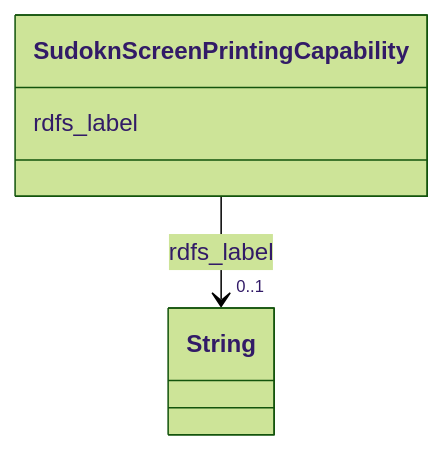
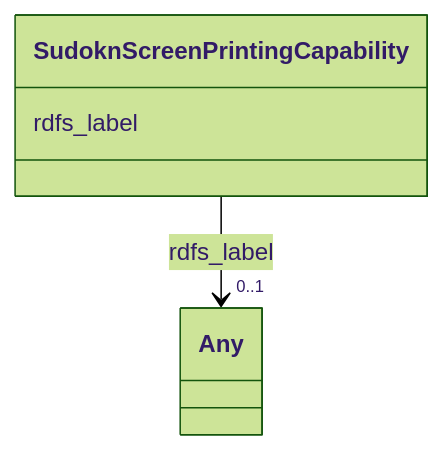
One commit to frink-okn/graph-descriptions changed the diagram in sudokn-kg/classes/SudoknScreenPrintingCapability.md. Above: the diagram before and after it, drawn with Mermaid (forest theme). The commit also changed other lines of this file and 903 other files, not shown here.

````diff
--- a/sudokn-kg/classes/SudoknScreenPrintingCapability.md
+++ b/sudokn-kg/classes/SudoknScreenPrintingCapability.md
@@ -23,15 +18,15 @@
 ```mermaid
  classDiagram
     class SudoknScreenPrintingCapability
     click SudoknScreenPrintingCapability href "../SudoknScreenPrintingCapability"
       SudoknScreenPrintingCapability : rdfs_label
         
           
     
     
-    SudoknScreenPrintingCapability --> "0..1" String : rdfs_label
-    click String href "../String"
+    SudoknScreenPrintingCapability --> "0..1" Any : rdfs_label
+    click Any href "../Any"
 
         
       
 ```
````
